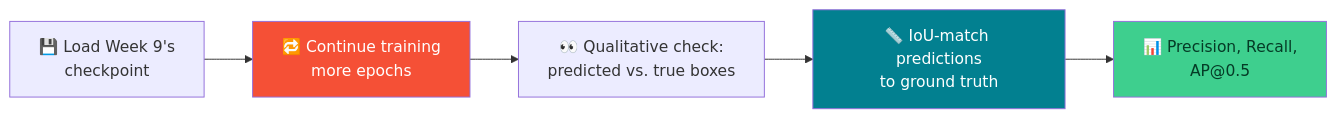
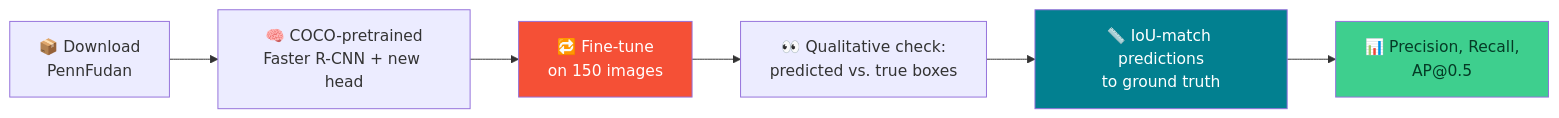
Before and after one commit to therishiraj/CSE471-DLCV: the first of 4 diagrams in Practical/Week 10.md, drawn with Mermaid. The commit also changed other lines of this file, not shown here.

Commit message:
Update Week 10.md

````diff
--- a/Practical/Week 10.md
+++ b/Practical/Week 10.md
@@ -24,10 +28,11 @@
 ```mermaid
 flowchart LR
-    A["💾 Load Week 9's<br/>checkpoint"] --> B["🔁 Continue training<br/>more epochs"]
-    B --> C["👀 Qualitative check:<br/>predicted vs. true boxes"]
-    C --> D["📏 IoU-match predictions<br/>to ground truth"]
-    D --> E["📊 Precision, Recall,<br/>AP@0.5"]
-    style B fill:#F55036,color:#fff
-    style D fill:#028090,color:#fff
-    style E fill:#3ECF8E,color:#053b26
+    A["📦 Download<br/>PennFudan"] --> B["🧠 COCO-pretrained<br/>Faster R-CNN + new head"]
+    B --> C["🔁 Fine-tune<br/>on 150 images"]
+    C --> D["👀 Qualitative check:<br/>predicted vs. true boxes"]
+    D --> E["📏 IoU-match predictions<br/>to ground truth"]
+    E --> F["📊 Precision, Recall,<br/>AP@0.5"]
+    style C fill:#F55036,color:#fff
+    style E fill:#028090,color:#fff
+    style F fill:#3ECF8E,color:#053b26
 ```
````
